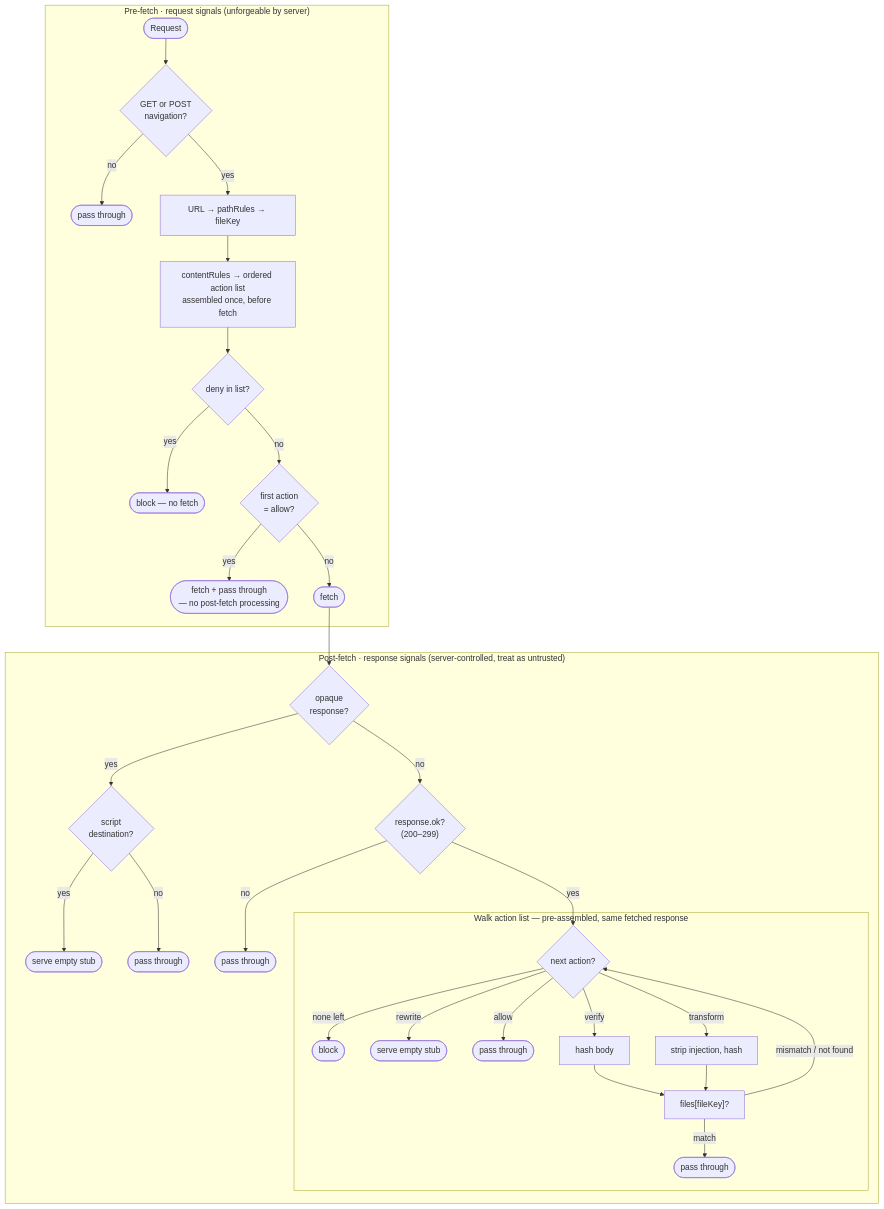
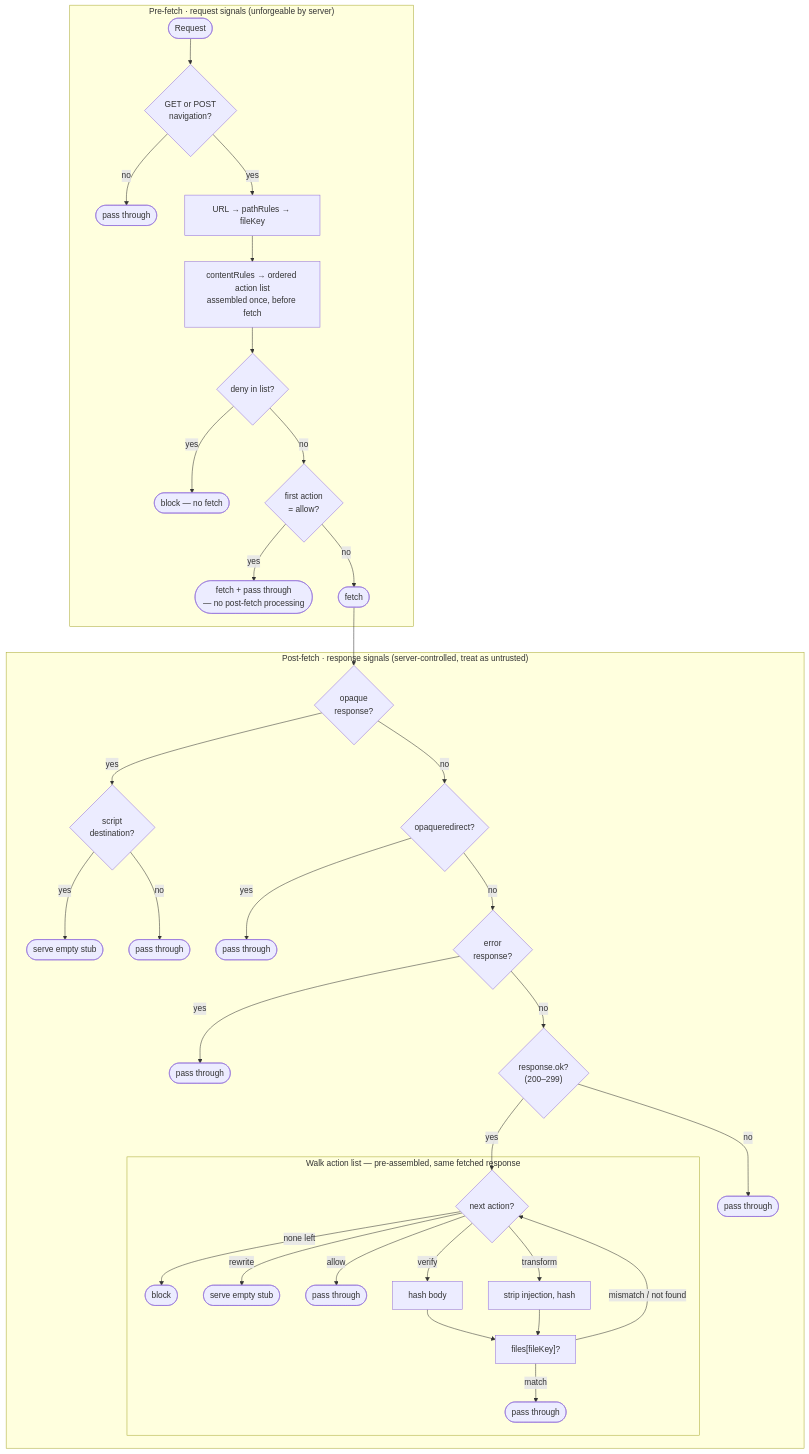
The diagram in docs/manifest-rules-design.md (a-d-j-i/dappfence), drawn with Mermaid before and after one commit. The commit also changed other lines of this file and 14 other files, not shown here.

````diff
--- a/docs/manifest-rules-design.md
+++ b/docs/manifest-rules-design.md
@@ -26,41 +26,45 @@
 ```mermaid
 flowchart TD
     subgraph PRE["Pre-fetch · request signals (unforgeable by server)"]
         REQ([Request])  --> METHOD{"GET or POST\nnavigation?"}
         METHOD          -->|no| PT1(["pass through"])
         METHOD          -->|yes| RESOLVE["URL → pathRules → fileKey"]
         RESOLVE         --> CRULES["contentRules → ordered action list\nassembled once, before fetch"]
         CRULES          --> DENY{"deny in list?"}
         DENY            -->|yes| BLOCK1(["block — no fetch"])
         DENY            -->|no| ALLOW{"first action\n= allow?"}
         ALLOW           -->|yes| PT_ALLOW(["fetch + pass through\n— no post-fetch processing"])
         ALLOW           -->|no| FETCH_NODE
     end
 
     FETCH_NODE(["fetch"])
 
     subgraph POST["Post-fetch · response signals (server-controlled, treat as untrusted)"]
         OPAQUE{"opaque\nresponse?"}
         OPAQUE          -->|yes| ODEST{"script\ndestination?"}
-        OPAQUE          -->|no| STATUS{"response.ok?\n(200–299)"}
+        OPAQUE          -->|no| OPAQUERED{"opaqueredirect?"}
         ODEST           -->|yes| STUB_OPAQUE(["serve empty stub"])
         ODEST           -->|no| PT2(["pass through"])
+        OPAQUERED       -->|yes| PT_REDIR(["pass through"])
+        OPAQUERED       -->|no| ERRT{"error\nresponse?"}
+        ERRT            -->|yes| PT_ERR(["pass through"])
+        ERRT            -->|no| STATUS{"response.ok?\n(200–299)"}
         STATUS          -->|no| PT3(["pass through"])
         STATUS          -->|yes| ACTION
 
         subgraph WALK["Walk action list — pre-assembled, same fetched response"]
             ACTION{"next action?"}
             ACTION      -->|none left| BLOCK2(["block"])
             ACTION      -->|rewrite| STUB(["serve empty stub"])
             ACTION      -->|allow| PT6(["pass through"])
             ACTION      -->|verify| HASH["hash body"]
             ACTION      -->|transform| STRIP["strip injection, hash"]
             HASH        --> CHECK["files[fileKey]?"]
             STRIP       --> CHECK
             CHECK       -->|match| PT5(["pass through"])
             CHECK       -->|mismatch / not found| ACTION
         end
     end
 
     FETCH_NODE --> OPAQUE
 ```
````
